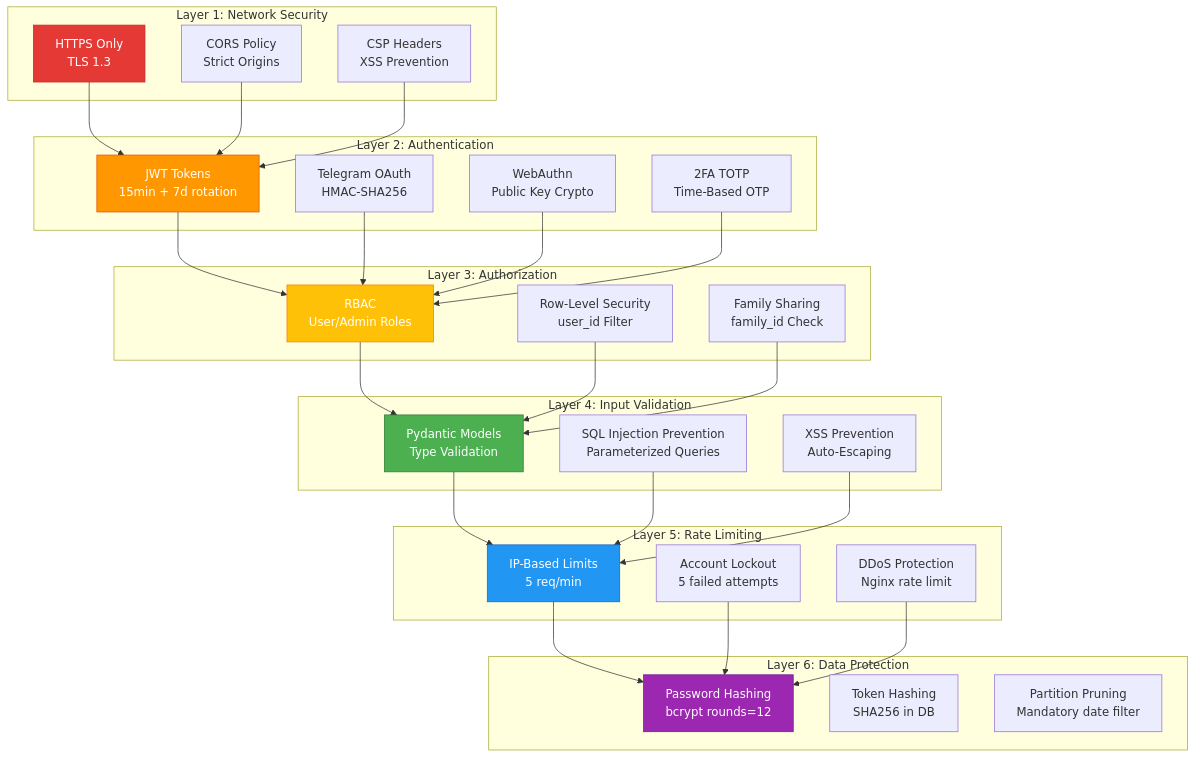
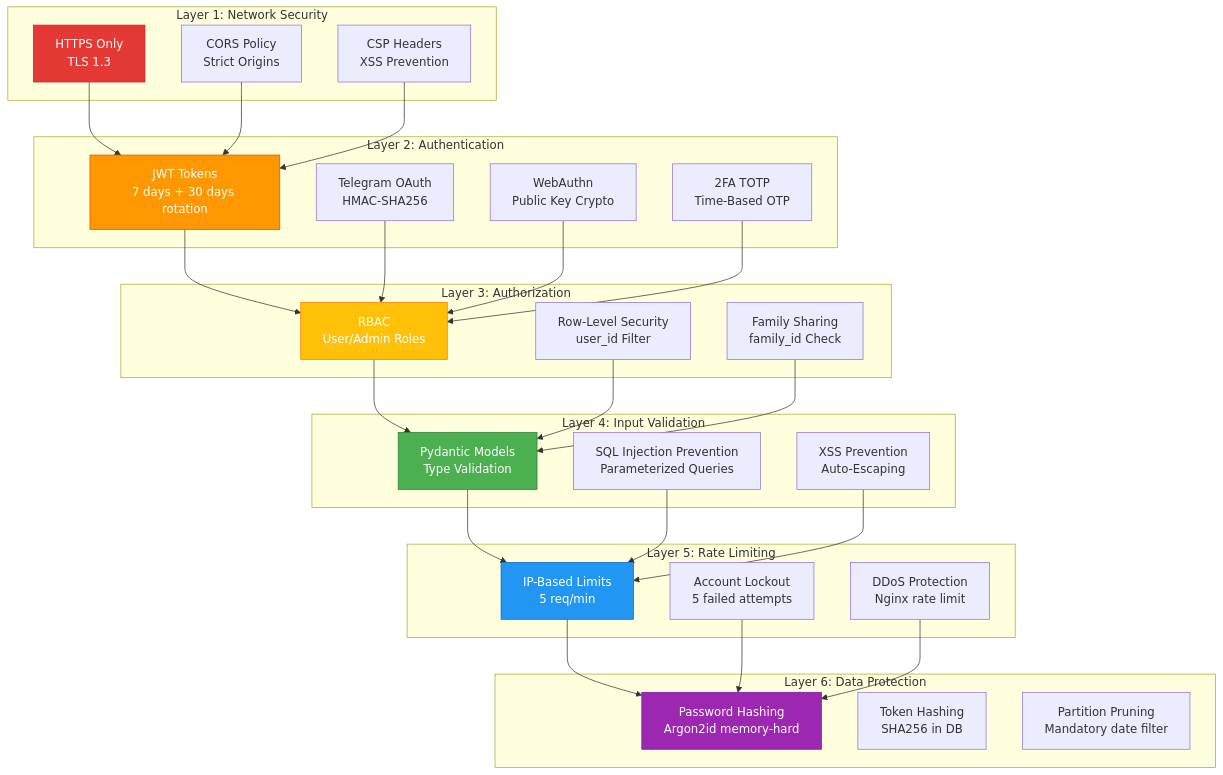
Before and after one commit to ikeniborn/familyBudget: the first of 7 diagrams in docs/diagrams/10-security-architecture.md, drawn with Mermaid. The commit also changed other lines of this file and 9 other files, not shown here.

First line of the commit message:
fix(docs/diagrams): correct critical data errors (priority 1)

````diff
--- a/docs/diagrams/10-security-architecture.md
+++ b/docs/diagrams/10-security-architecture.md
@@ -9,67 +9,67 @@
 ```mermaid
 graph TB
     subgraph "Layer 1: Network Security"
-        L1A[HTTPS Only<br/>TLS 1.3]
-        L1B[CORS Policy<br/>Strict Origins]
-        L1C[CSP Headers<br/>XSS Prevention]
+        L1A[HTTPS Only<br>TLS 1.3]
+        L1B[CORS Policy<br>Strict Origins]
+        L1C[CSP Headers<br>XSS Prevention]
     end
 
     subgraph "Layer 2: Authentication"
-        L2A[JWT Tokens<br/>15min + 7d rotation]
-        L2B[Telegram OAuth<br/>HMAC-SHA256]
-        L2C[WebAuthn<br/>Public Key Crypto]
-        L2D[2FA TOTP<br/>Time-Based OTP]
+        L2A[JWT Tokens<br>7 days + 30 days rotation]
+        L2B[Telegram OAuth<br>HMAC-SHA256]
+        L2C[WebAuthn<br>Public Key Crypto]
+        L2D[2FA TOTP<br>Time-Based OTP]
     end
 
     subgraph "Layer 3: Authorization"
-        L3A[RBAC<br/>User/Admin Roles]
-        L3B[Row-Level Security<br/>user_id Filter]
-        L3C[Family Sharing<br/>family_id Check]
+        L3A[RBAC<br>User/Admin Roles]
+        L3B[Row-Level Security<br>user_id Filter]
+        L3C[Family Sharing<br>family_id Check]
     end
 
     subgraph "Layer 4: Input Validation"
-        L4A[Pydantic Models<br/>Type Validation]
-        L4B[SQL Injection Prevention<br/>Parameterized Queries]
-        L4C[XSS Prevention<br/>Auto-Escaping]
+        L4A[Pydantic Models<br>Type Validation]
+        L4B[SQL Injection Prevention<br>Parameterized Queries]
+        L4C[XSS Prevention<br>Auto-Escaping]
     end
 
     subgraph "Layer 5: Rate Limiting"
-        L5A[IP-Based Limits<br/>5 req/min]
-        L5B[Account Lockout<br/>5 failed attempts]
-        L5C[DDoS Protection<br/>Nginx rate limit]
+        L5A[IP-Based Limits<br>5 req/min]
+        L5B[Account Lockout<br>5 failed attempts]
+        L5C[DDoS Protection<br>Nginx rate limit]
     end
 
     subgraph "Layer 6: Data Protection"
-        L6A[Password Hashing<br/>bcrypt rounds=12]
-        L6B[Token Hashing<br/>SHA256 in DB]
-        L6C[Partition Pruning<br/>Mandatory date filter]
+        L6A[Password Hashing<br>Argon2id memory-hard]
+        L6B[Token Hashing<br>SHA256 in DB]
+        L6C[Partition Pruning<br>Mandatory date filter]
     end
 
     L1A --> L2A
     L1B --> L2A
     L1C --> L2A
 
     L2A --> L3A
     L2B --> L3A
     L2C --> L3A
     L2D --> L3A
 
     L3A --> L4A
     L3B --> L4A
     L3C --> L4A
 
     L4A --> L5A
     L4B --> L5A
     L4C --> L5A
 
     L5A --> L6A
     L5B --> L6A
     L5C --> L6A
 
     style L1A fill:#E53935,stroke:#C62828,color:#fff
     style L2A fill:#FF9800,stroke:#E65100,color:#fff
     style L3A fill:#FFC107,stroke:#F57C00,color:#fff
     style L4A fill:#4CAF50,stroke:#2E7D32,color:#fff
     style L5A fill:#2196F3,stroke:#1565C0,color:#fff
     style L6A fill:#9C27B0,stroke:#6A1B9A,color:#fff
 ```
````
